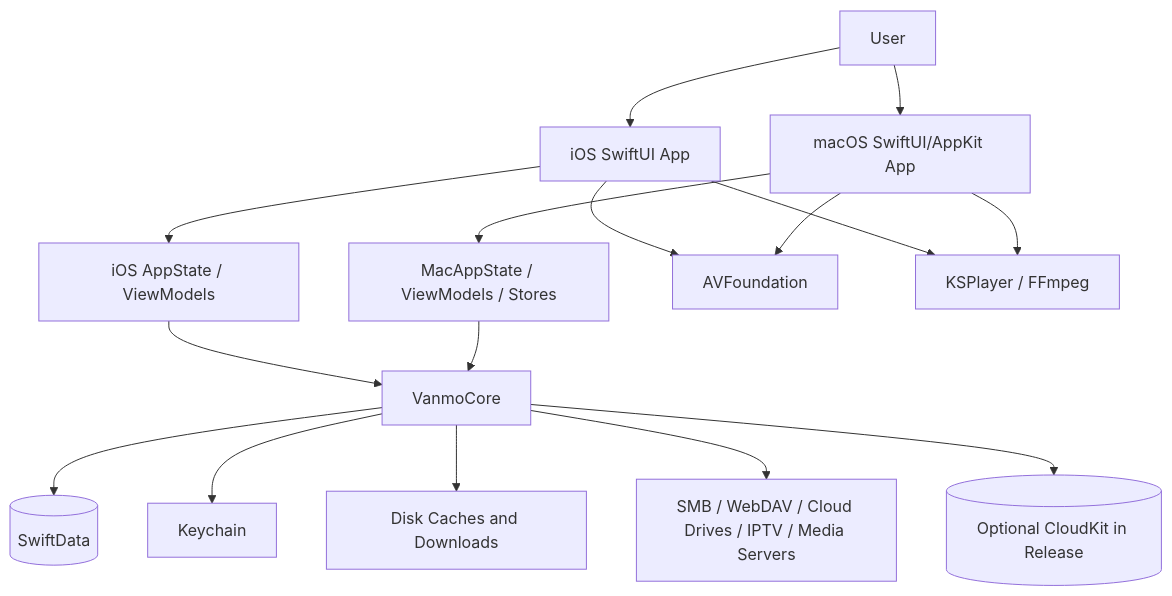
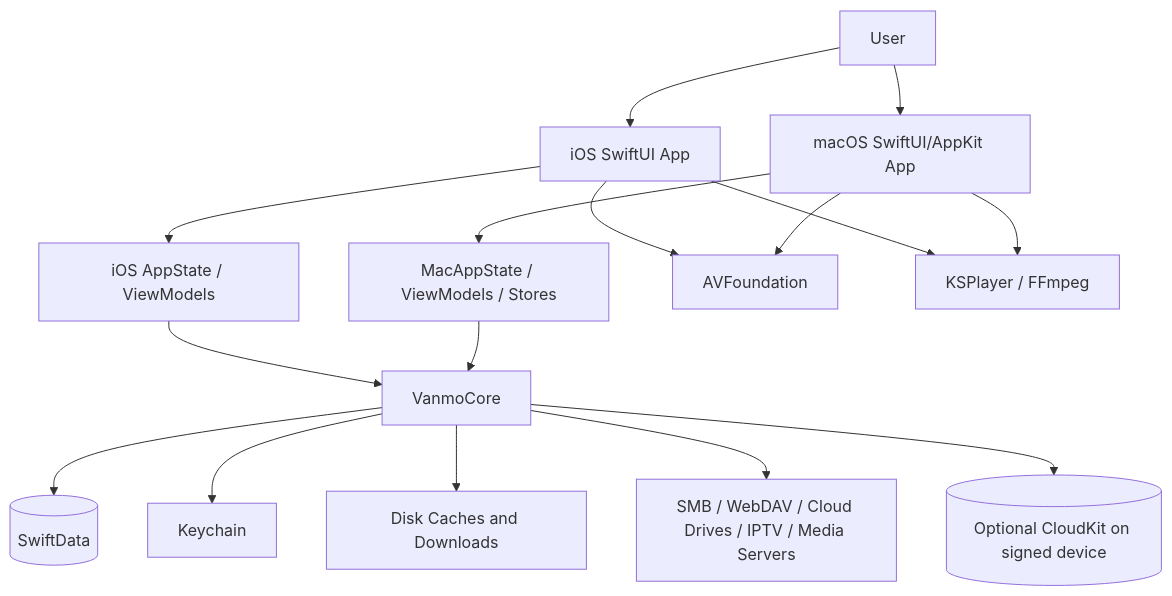
Before and after one commit to dl-Yang/Vanmo: the first of 3 diagrams in ARCHITECTURE.md, drawn with Mermaid. The commit also changed other lines of this file and 43 other files, not shown here.

First line of the commit message:
Enable CloudKit on signed Debug and activate connections after iCloud import.

````diff
--- a/ARCHITECTURE.md
+++ b/ARCHITECTURE.md
@@ -21,22 +21,22 @@
 ```mermaid
 flowchart TB
     User[User] --> IOS[iOS SwiftUI App]
     User --> MAC[macOS SwiftUI/AppKit App]
 
     IOS --> IOSVM[iOS AppState / ViewModels]
     MAC --> MACVM[MacAppState / ViewModels / Stores]
 
     IOSVM --> CORE[VanmoCore]
     MACVM --> CORE
 
     IOS --> AVF[AVFoundation]
     IOS --> KSP[KSPlayer / FFmpeg]
     MAC --> AVF
     MAC --> KSP
 
     CORE --> DATA[(SwiftData)]
     CORE --> KEYCHAIN[Keychain]
     CORE --> CACHE[Disk Caches and Downloads]
     CORE --> REMOTE[SMB / WebDAV / Cloud Drives / IPTV / Media Servers]
-    CORE --> CLOUD[(Optional CloudKit in Release)]
+    CORE --> CLOUD[(Optional CloudKit on signed device)]
 ```
````
